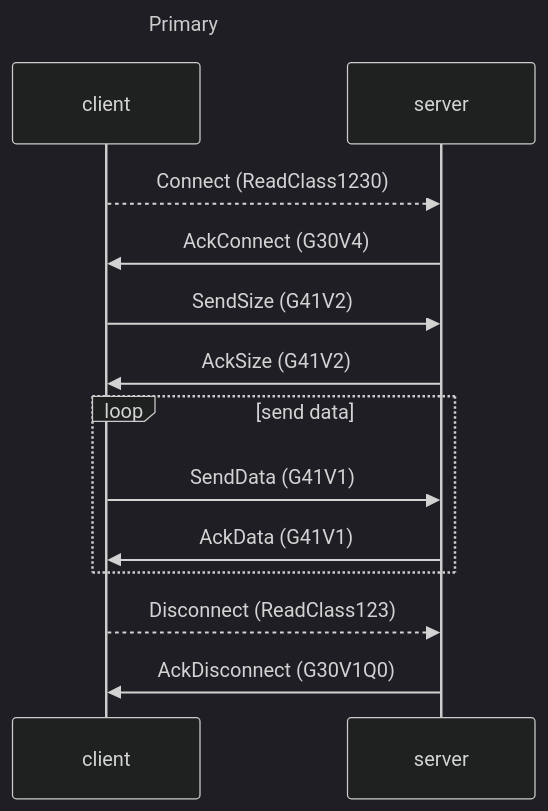
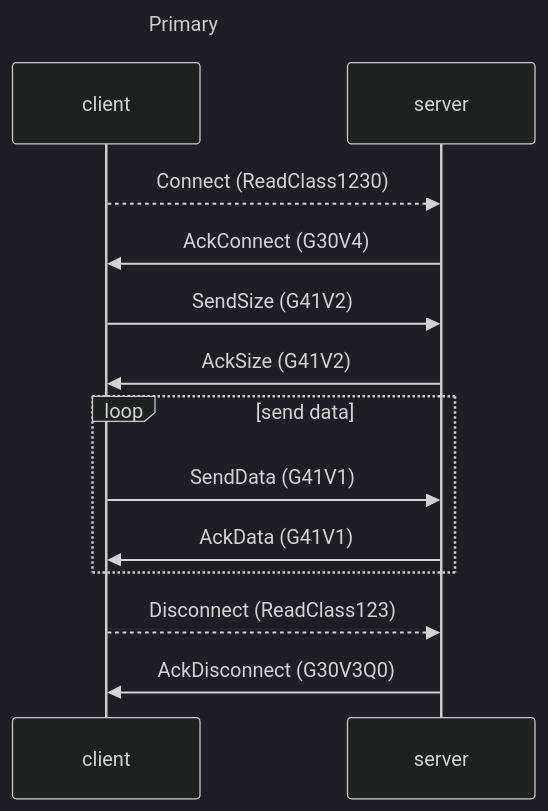
Before and after one commit to nblair2/dingopie: the first of 4 diagrams in README.md, drawn with Mermaid (dark theme). The commit also changed other lines of this file and 4 other files, not shown here.

````diff
--- a/README.md
+++ b/README.md
@@ -103,16 +103,16 @@
 ```mermaid
 sequenceDiagram
 Title: Primary
     participant c as client
     participant s as server
     c-->>s: Connect (ReadClass1230)
     s->>c: AckConnect (G30V4)
     c->>s: SendSize (G41V2)
     s->>c: AckSize (G41V2)
     Loop send data
         c->>s: SendData (G41V1)
         s->>c: AckData (G41V1)
     end
     c-->>s: Disconnect (ReadClass123)
-    s->>c: AckDisconnect (G30V1Q0)
+    s->>c: AckDisconnect (G30V3Q0)
 ```
````
